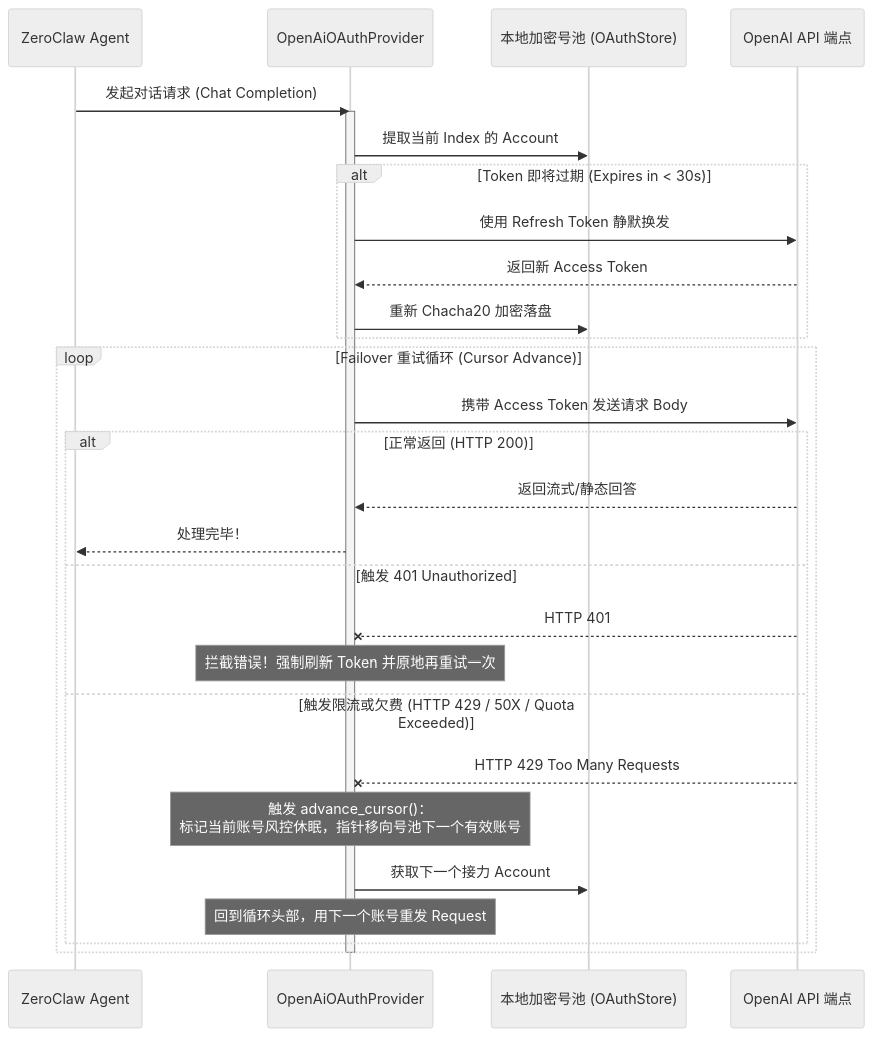
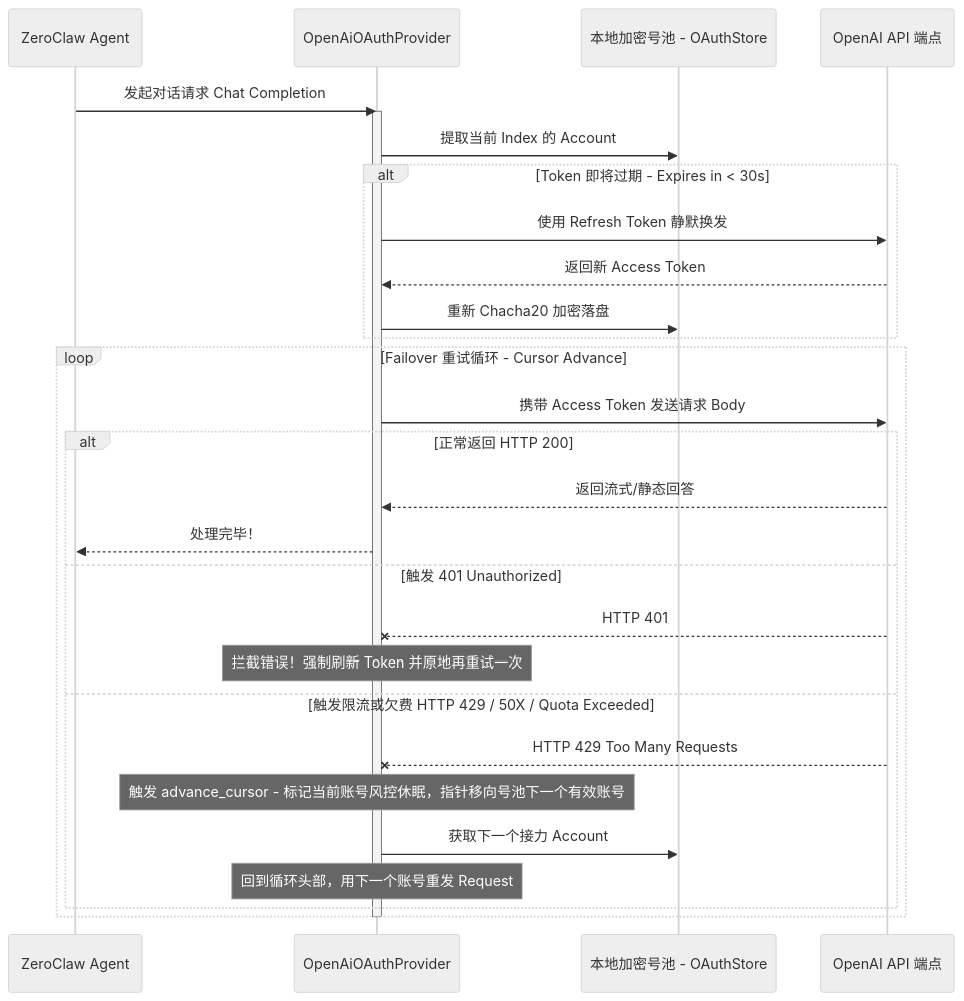
The second of 2 diagrams in src/04_llm_providers.md (fannnzhang/zeroclaw-source-book), drawn with Mermaid (neutral theme) before and after one commit. The commit also changed other lines of this file and 5 other files, not shown here.

Commit message:
fix: correct Mermaid diagram syntax and chapter numbering in all docs

````diff
--- a/src/04_llm_providers.md
+++ b/src/04_llm_providers.md
@@ -121,39 +121,39 @@
 ```mermaid
 sequenceDiagram
     participant Agent as ZeroClaw Agent
     participant Provider as OpenAiOAuthProvider
-    participant Pool as 本地加密号池 (OAuthStore)
+    participant Pool as 本地加密号池 - OAuthStore
     participant OpenAI as OpenAI API 端点
 
-    Agent->>Provider: 发起对话请求 (Chat Completion)
+    Agent->>Provider: 发起对话请求 Chat Completion
     activate Provider
     
     Provider->>Pool: 提取当前 Index 的 Account
     
-    alt Token 即将过期 (Expires in < 30s)
+    alt Token 即将过期 - Expires in < 30s
         Provider->>OpenAI: 使用 Refresh Token 静默换发
         OpenAI-->>Provider: 返回新 Access Token
         Provider->>Pool: 重新 Chacha20 加密落盘
     end
 
-    loop Failover 重试循环 (Cursor Advance)
+    loop Failover 重试循环 - Cursor Advance
         Provider->>OpenAI: 携带 Access Token 发送请求 Body
         
-        alt 正常返回 (HTTP 200)
+        alt 正常返回 HTTP 200
             OpenAI-->>Provider: 返回流式/静态回答
             Provider-->>Agent: 处理完毕！
             
         else 触发 401 Unauthorized
             OpenAI--xProvider: HTTP 401
             Note over Provider: 拦截错误！强制刷新 Token 并原地再重试一次
             
-        else 触发限流或欠费 (HTTP 429 / 50X / Quota Exceeded)
+        else 触发限流或欠费 HTTP 429 / 50X / Quota Exceeded
             OpenAI--xProvider: HTTP 429 Too Many Requests
-            Note over Provider: 触发 advance_cursor()：<br/>标记当前账号风控休眠，指针移向号池下一个有效账号
+            Note over Provider: 触发 advance_cursor - 标记当前账号风控休眠，指针移向号池下一个有效账号
             Provider->>Pool: 获取下一个接力 Account
             Note over Provider: 回到循环头部，用下一个账号重发 Request
         end
     end
     
     deactivate Provider
 ```
````
